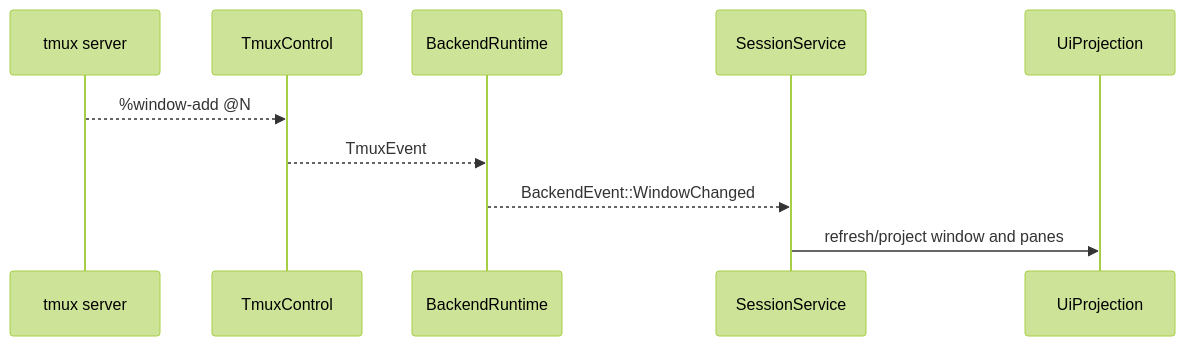
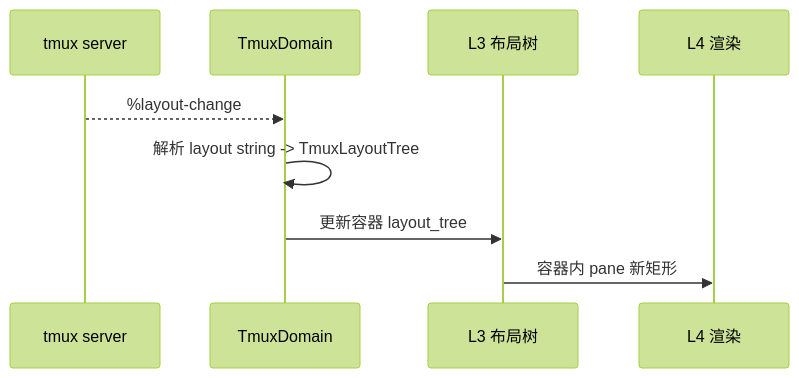
The fourth of 5 diagrams in doc/arch/view-logic.md (xiaoshan1234/xscore), drawn with Mermaid (forest theme) before and after one commit. The commit also changed other lines of this file and 4 other files, not shown here.

First line of the commit message:
refactor: update architecture documentation for terminal emulator

````diff
--- a/doc/arch/view-logic.md
+++ b/doc/arch/view-logic.md
@@ -166,13 +143,12 @@
 ```mermaid
 sequenceDiagram
     participant T as tmux server
-    participant TC as TmuxControl
-    participant BE as BackendRuntime
-    participant S as SessionService
-    participant UI as UiProjection
+    participant D as TmuxDomain
+    participant L3 as L3 布局树
+    participant L4 as L4 渲染
 
-    T-->>TC: %window-add @N
-    TC-->>BE: TmuxEvent
-    BE-->>S: BackendEvent::WindowChanged
-    S->>UI: refresh/project window and panes
+    T-->>D: %layout-change
+    D->>D: 解析 layout string -> TmuxLayoutTree
+    D->>L3: 更新容器 layout_tree
+    L3->>L4: 容器内 pane 新矩形
 ```
````
